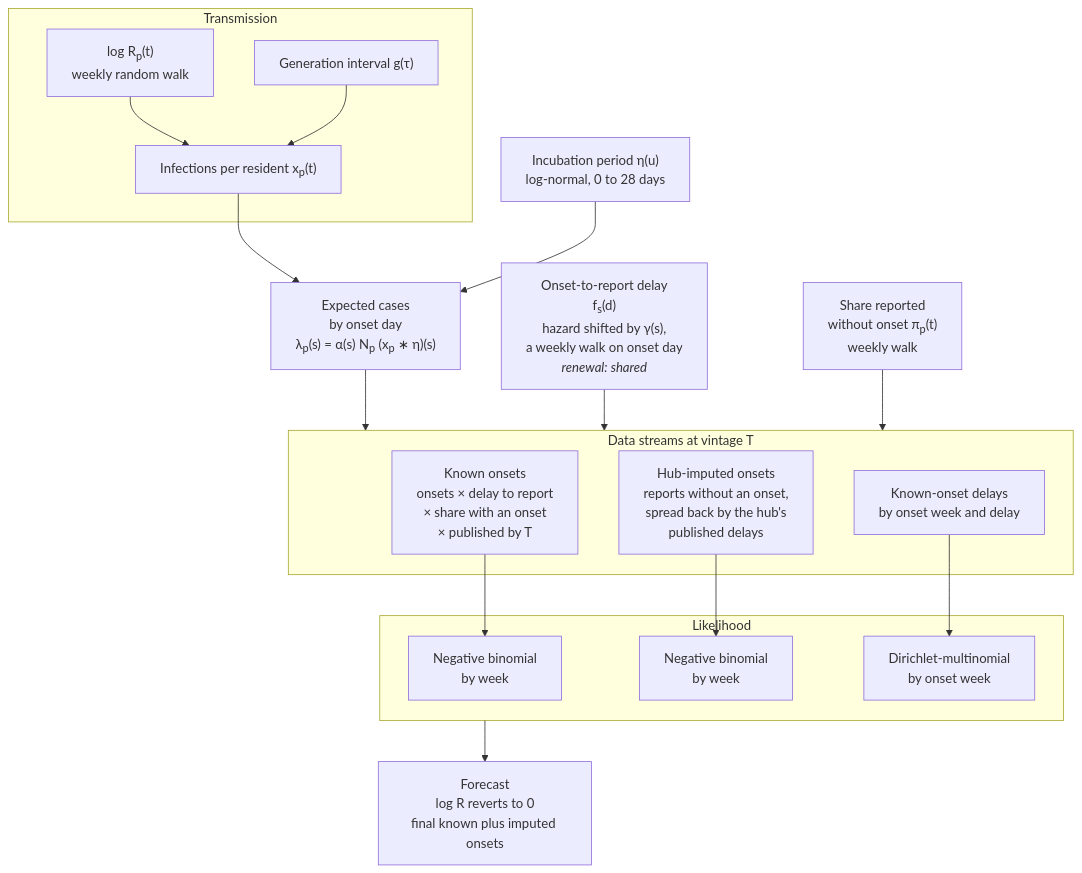
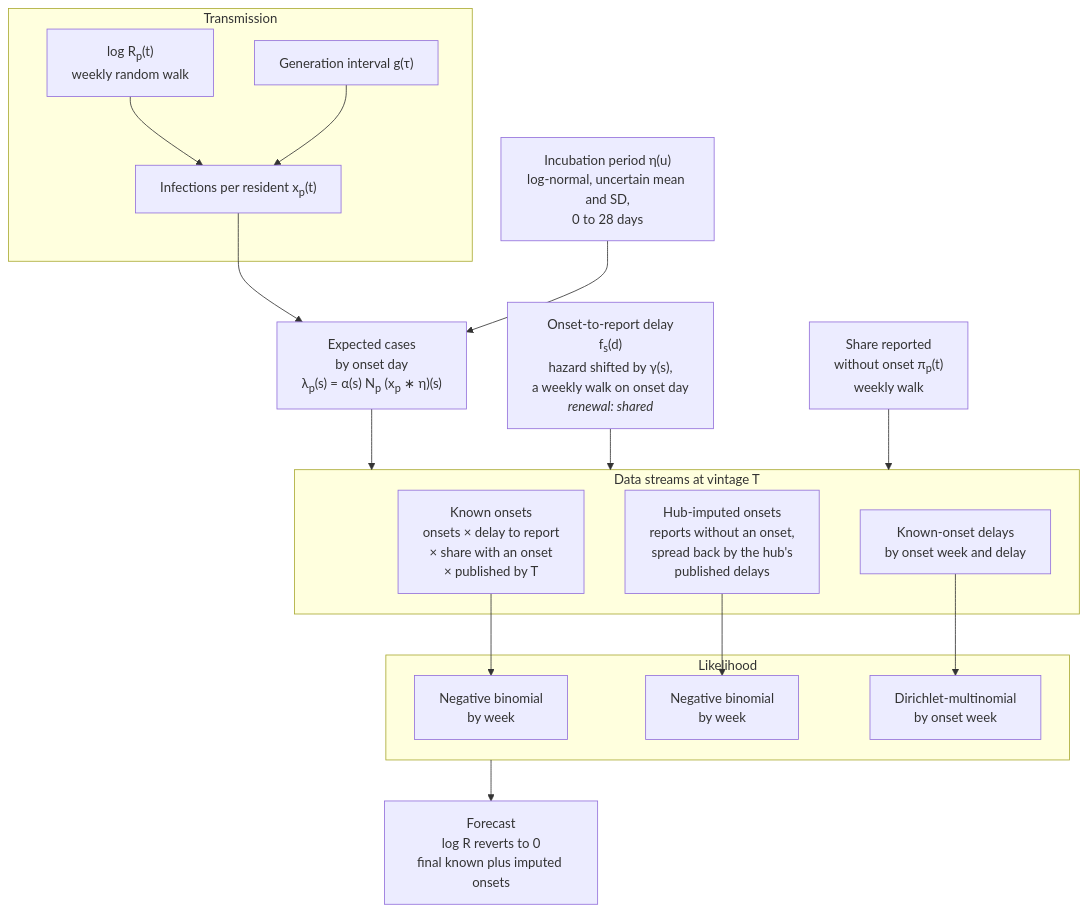
Before and after one commit to seabbs/BDBVHubRenewal: the second of 4 diagrams in docs/methods/model.md, drawn with Mermaid. The commit also changed other lines of this file and 6 other files, not shown here.

First line of the commit message:
Sample the incubation period mean and SD with BVDOutbreakSize's priors

````diff
--- a/docs/methods/model.md
+++ b/docs/methods/model.md
@@ -33,35 +33,35 @@
 ```mermaid
 flowchart TD
     subgraph TR["Transmission"]
         RT["log R<sub>p</sub>(t)<br/>weekly random walk"]
         GI["Generation interval g(τ)"]
         INF["Infections per resident x<sub>p</sub>(t)"]
     end
     ONS["Expected cases<br/>by onset day<br/>λ<sub>p</sub>(s) = α(s) N<sub>p</sub> (x<sub>p</sub> ∗ η)(s)"]
-    INC["Incubation period η(u)<br/>log-normal, 0 to 28 days"]
+    INC["Incubation period η(u)<br/>log-normal, uncertain mean and SD,<br/>0 to 28 days"]
     DEL["Onset-to-report delay<br/>f<sub>s</sub>(d)<br/>hazard shifted by γ(s),<br/>a weekly walk on onset day<br/><i>renewal: shared</i>"]
     MISS["Share reported<br/>without onset π<sub>p</sub>(t)<br/>weekly walk"]
     subgraph OB["Data streams at vintage T"]
         KN["Known onsets<br/>onsets × delay to report<br/>× share with an onset<br/>× published by T"]
         IM["Hub-imputed onsets<br/>reports without an onset,<br/>spread back by the hub's<br/>published delays"]
         DC["Known-onset delays<br/>by onset week and delay"]
     end
     subgraph LK["Likelihood"]
         LKN["Negative binomial<br/>by week"]
         LKI["Negative binomial<br/>by week"]
         LKD["Dirichlet-multinomial<br/>by onset week"]
     end
     FC["Forecast<br/>log R reverts to 0<br/>final known plus imputed onsets"]
 
     RT --> INF
     GI --> INF
     INF --> ONS
     INC --> ONS
     ONS --> OB
     DEL --> OB
     MISS --> OB
     KN --> LKN
     IM --> LKI
     DC --> LKD
     LK --> FC
 ```
````
